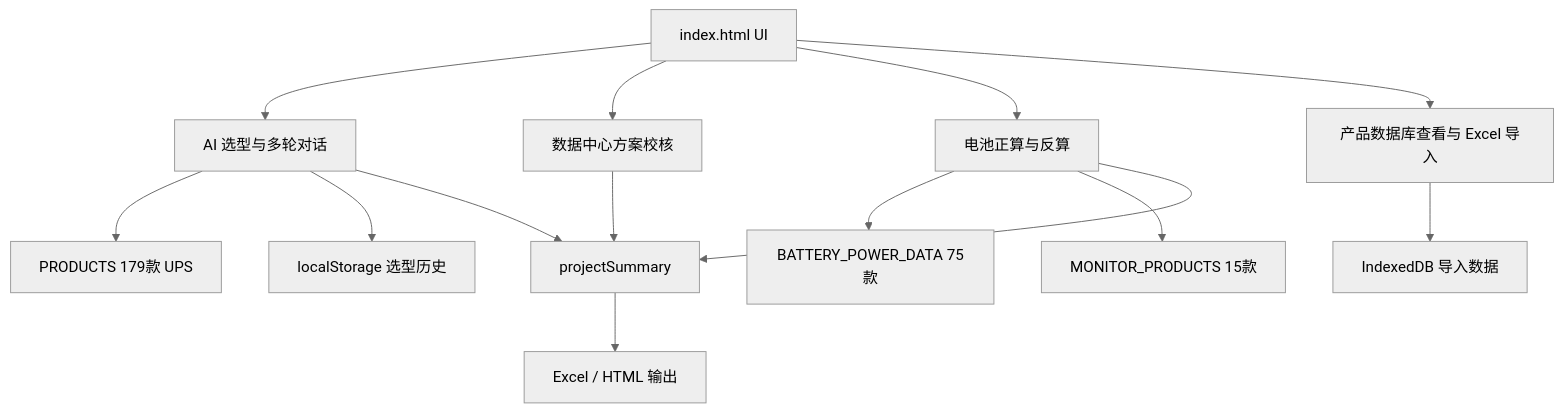
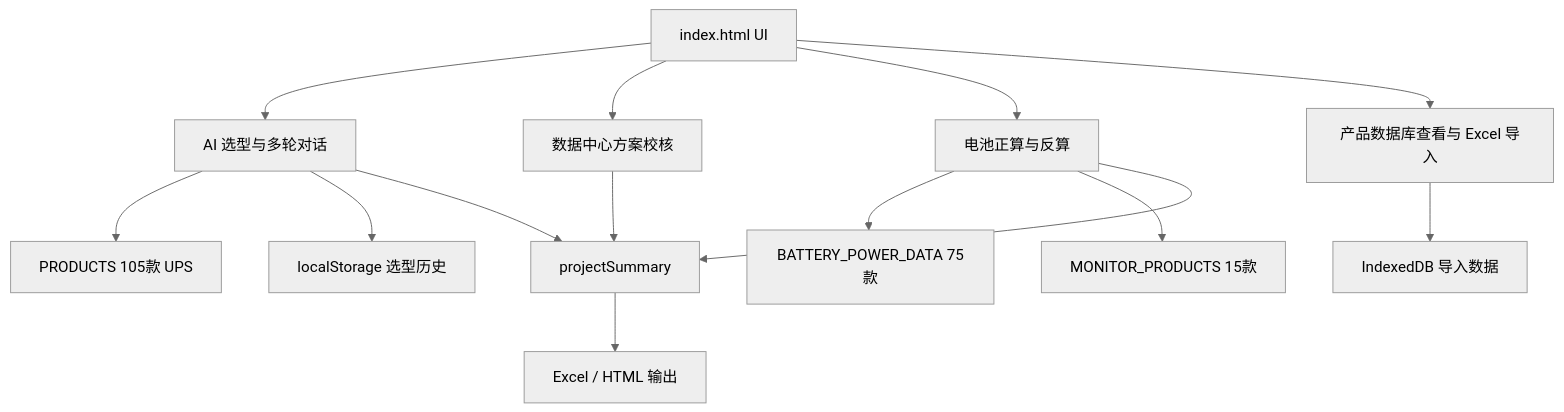
Before and after one commit to xiaochuan1989/-UPS-Selector: the diagram in UPS选型助手_开发文档.md, drawn with Mermaid (neutral theme). The commit also changed other lines of this file and 7 other files, not shown here.

````diff
--- a/UPS选型助手_开发文档.md
+++ b/UPS选型助手_开发文档.md
@@ -66,16 +66,16 @@
 ```mermaid
 flowchart TD
     UI["index.html UI"] --> AI["AI 选型与多轮对话"]
     UI --> DC["数据中心方案校核"]
     UI --> BAT["电池正算与反算"]
     UI --> DB["产品数据库查看与 Excel 导入"]
-    AI --> PRODUCTS["PRODUCTS 179款 UPS"]
+    AI --> PRODUCTS["PRODUCTS 105款 UPS"]
     BAT --> POWER["BATTERY_POWER_DATA 75款"]
     BAT --> MONITOR["MONITOR_PRODUCTS 15款"]
     DB --> IDB["IndexedDB 导入数据"]
     AI --> HISTORY["localStorage 选型历史"]
     DC --> SUMMARY["projectSummary"]
     BAT --> SUMMARY
     AI --> SUMMARY
     SUMMARY --> EXPORT["Excel / HTML 输出"]
 ```
````
